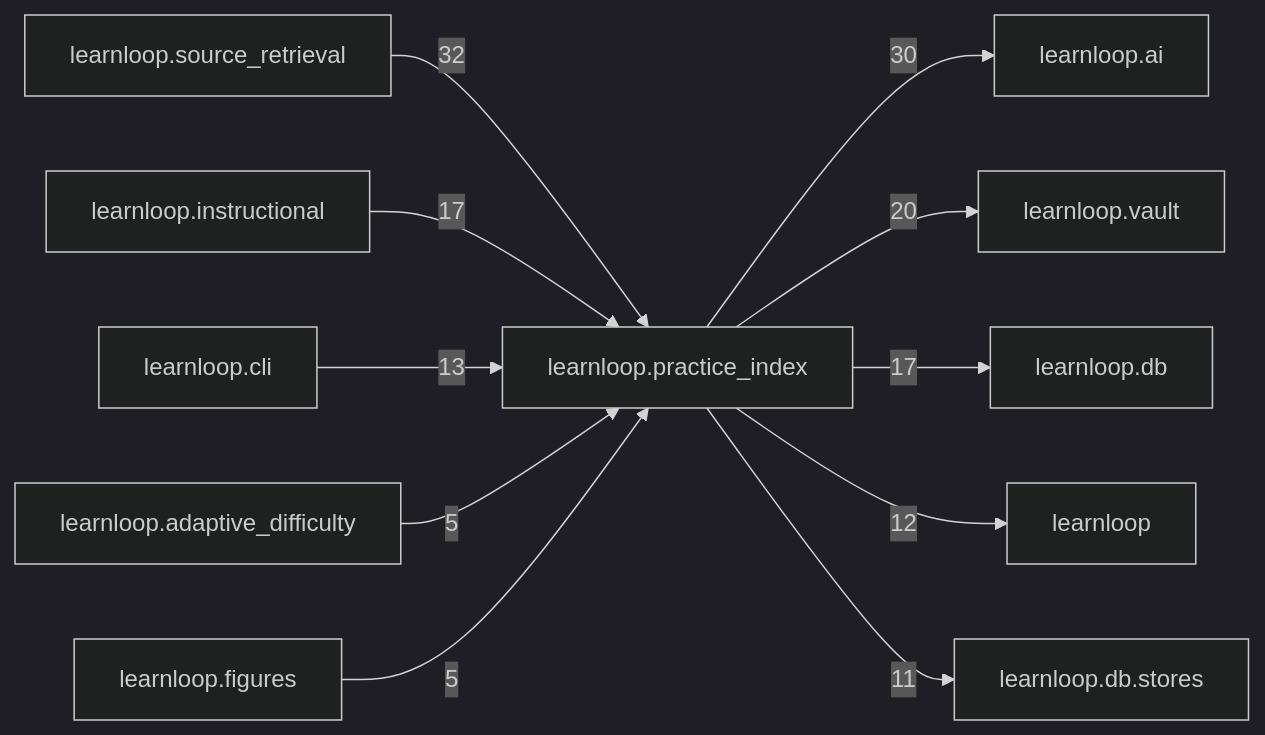
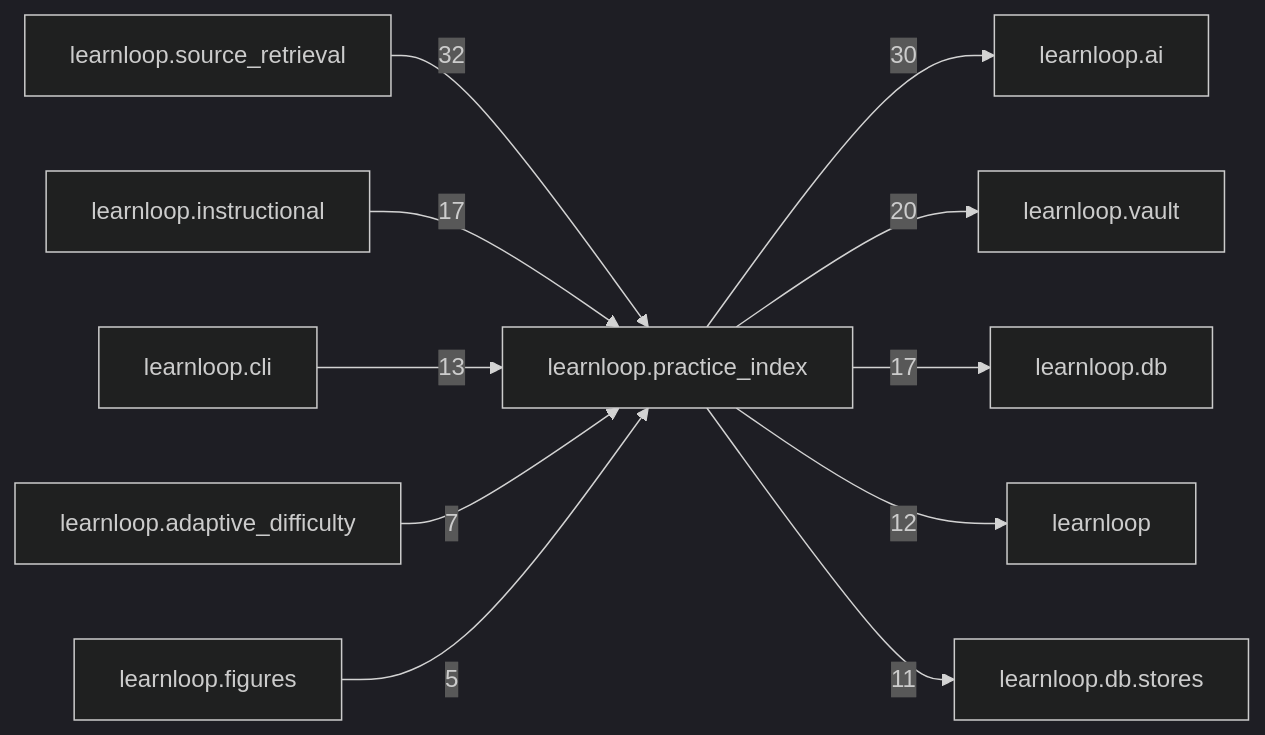
Before and after one commit to 6up-b/learnanything: the diagram in docs/learnloop-architecture-vault/Reference/Modules/learnloop/practice_index/_package.md, drawn with Mermaid (dark theme). The commit also changed other lines of this file and 638 other files, not shown here.

````diff
--- a/docs/learnloop-architecture-vault/Reference/Modules/learnloop/practice_index/_package.md
+++ b/docs/learnloop-architecture-vault/Reference/Modules/learnloop/practice_index/_package.md
@@ -110,24 +110,24 @@
 ```mermaid
 flowchart LR
     center["learnloop.practice_index"]
     n_learnloop_source_retrieval["learnloop.source_retrieval"]
     n_learnloop_ai["learnloop.ai"]
     n_learnloop_vault["learnloop.vault"]
     n_learnloop_db["learnloop.db"]
     n_learnloop_instructional["learnloop.instructional"]
     n_learnloop_cli["learnloop.cli"]
     n_learnloop["learnloop"]
     n_learnloop_db_stores["learnloop.db.stores"]
     n_learnloop_adaptive_difficulty["learnloop.adaptive_difficulty"]
     n_learnloop_figures["learnloop.figures"]
     n_learnloop_source_retrieval -->|32| center
     center -->|30| n_learnloop_ai
     center -->|20| n_learnloop_vault
     center -->|17| n_learnloop_db
     n_learnloop_instructional -->|17| center
     n_learnloop_cli -->|13| center
     center -->|12| n_learnloop
     center -->|11| n_learnloop_db_stores
-    n_learnloop_adaptive_difficulty -->|5| center
+    n_learnloop_adaptive_difficulty -->|7| center
     n_learnloop_figures -->|5| center
 ```
````
